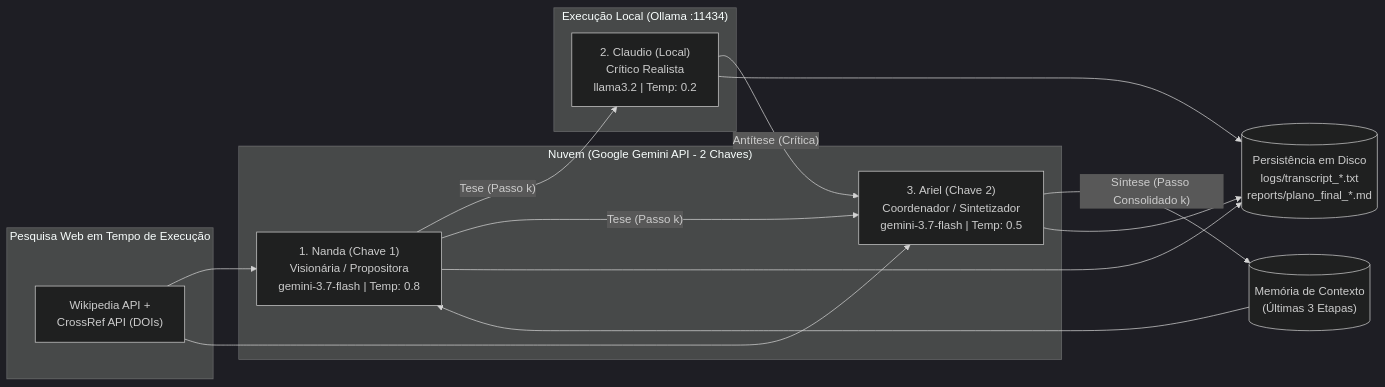
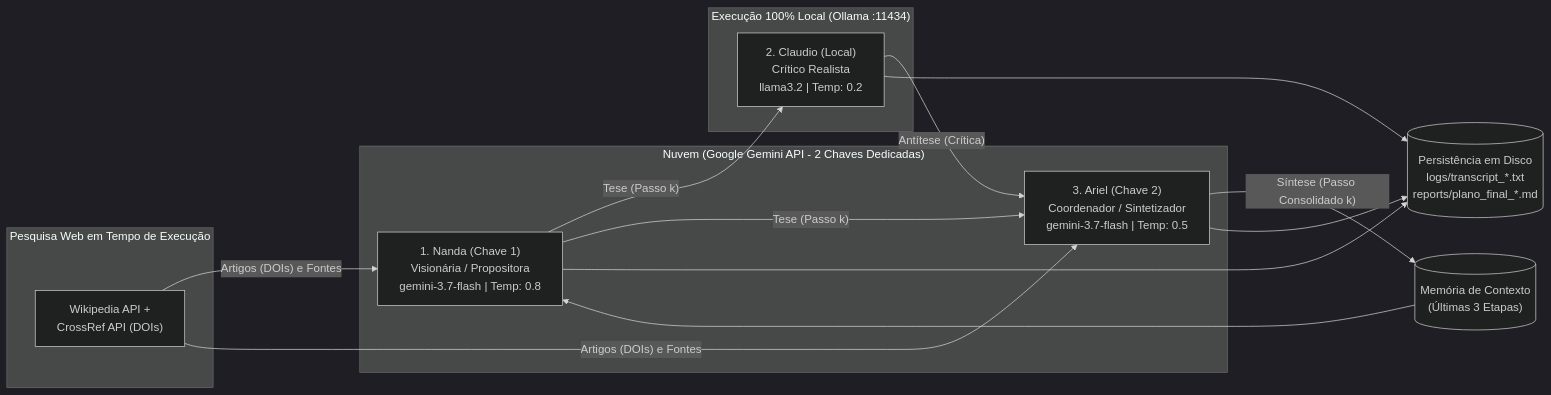
One commit to albericolx/Atividade_03_LOOP_Agentes changed the first of 2 diagrams in README.md. Above: the diagram before and after it, drawn with Mermaid (dark theme). The commit also changed other lines of this file, not shown here.

Commit message:
docs(readme): add explicit prompt specs, sequence diagram and verification hub for professor

````diff
--- a/README.md
+++ b/README.md
@@ -17,23 +21,23 @@
 ```mermaid
 flowchart LR
     subgraph Web["Pesquisa Web em Tempo de Execução"]
         W["Wikipedia API +<br/>CrossRef API (DOIs)"]
     end
-    subgraph Remoto["Nuvem (Google Gemini API - 2 Chaves)"]
+    subgraph Remoto["Nuvem (Google Gemini API - 2 Chaves Dedicadas)"]
         N["1. Nanda (Chave 1)<br/>Visionária / Propositora<br/>gemini-3.7-flash | Temp: 0.8"]
         A["3. Ariel (Chave 2)<br/>Coordenador / Sintetizador<br/>gemini-3.7-flash | Temp: 0.5"]
     end
-    subgraph Local["Execução Local (Ollama :11434)"]
+    subgraph Local["Execução 100% Local (Ollama :11434)"]
         C["2. Claudio (Local)<br/>Crítico Realista<br/>llama3.2 | Temp: 0.2"]
     end
     CTX[("Memória de Contexto<br/>(Últimas 3 Etapas)")]
     OUT[("Persistência em Disco<br/>logs/transcript_*.txt<br/>reports/plano_final_*.md")]
 
-    W --> N & A
+    W -- "Artigos (DOIs) e Fontes" --> N & A
     CTX --> N
     N -- "Tese (Passo k)" --> C
     C -- "Antítese (Crítica)" --> A
     N -- "Tese (Passo k)" --> A
     A -- "Síntese (Passo Consolidado k)" --> CTX
     N & C & A --> OUT
 ```
````
